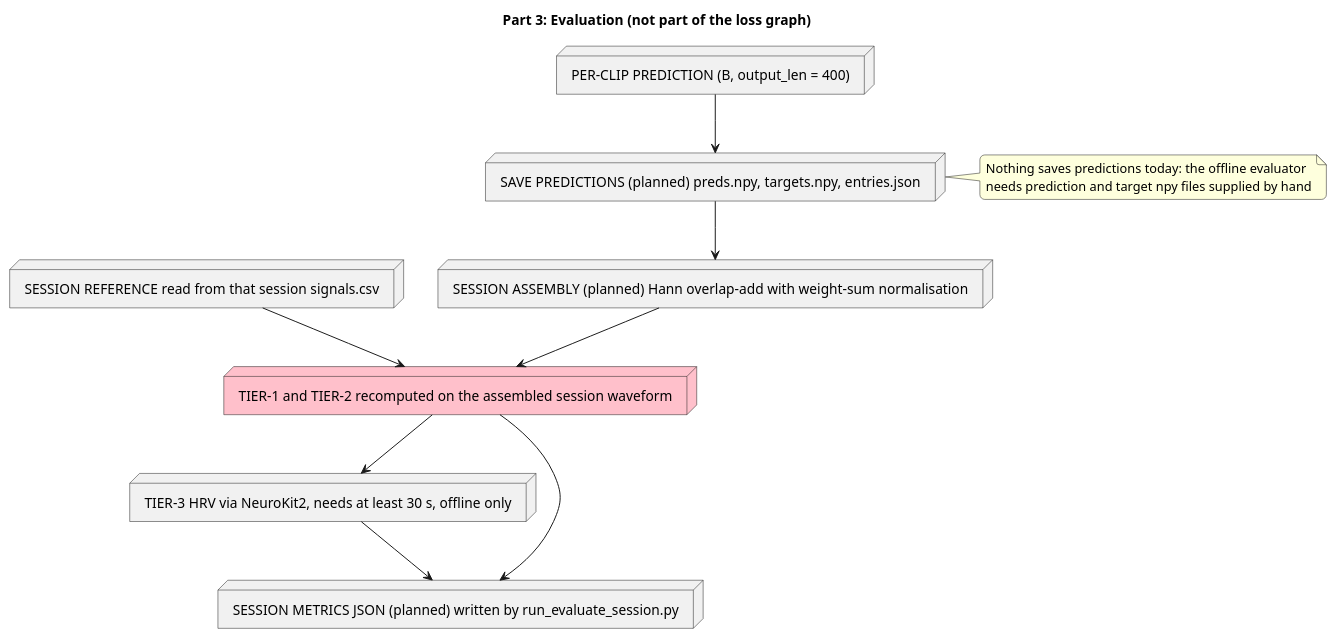
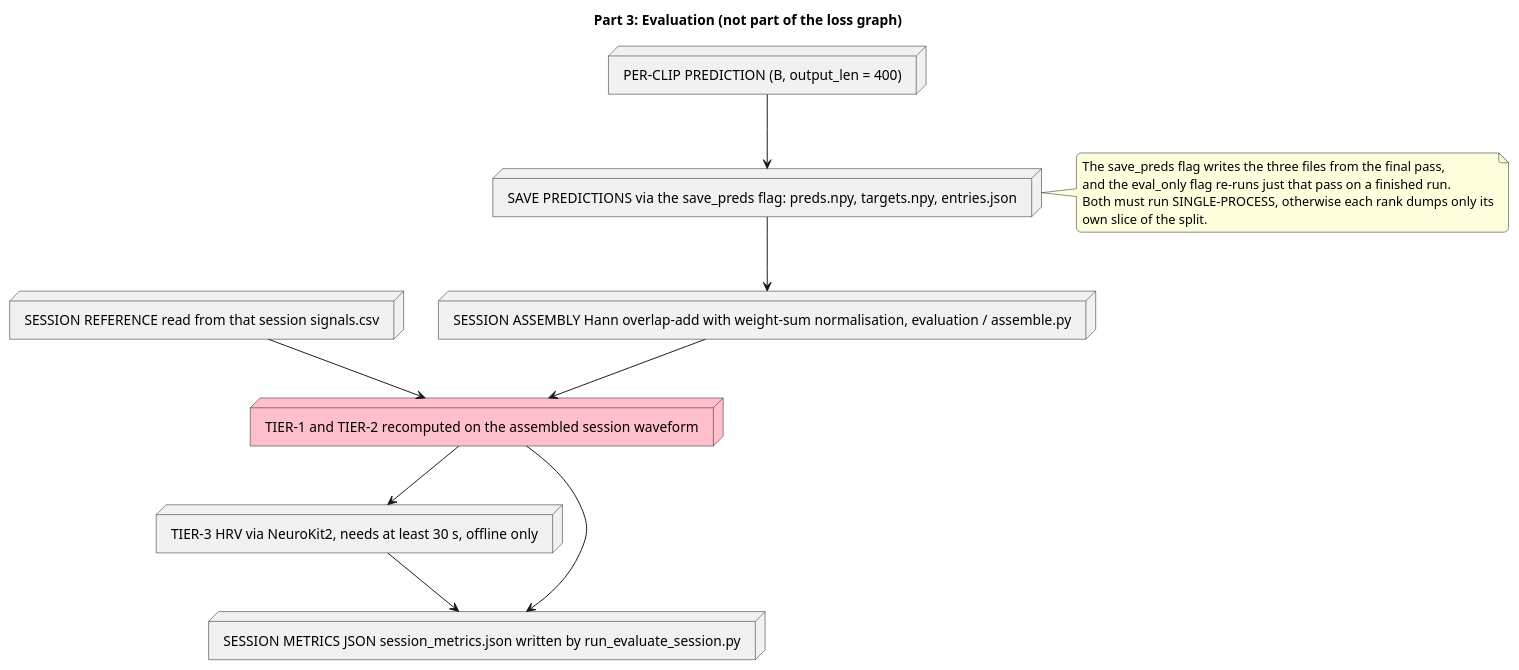
The third of 3 diagrams in code/notes/design/SolutionC_EarlyTokenMixing_stage3.md (LeqiaoP1/MA-project-KISMED), drawn with PlantUML before and after one commit. The commit also changed other lines of this file, not shown here.

Commit message:
Refine Stage-3 waveform head and loss descriptions for clarity and detail

````diff
--- a/code/notes/design/SolutionC_EarlyTokenMixing_stage3.md
+++ b/code/notes/design/SolutionC_EarlyTokenMixing_stage3.md
@@ -110,31 +132,33 @@
 ```plantuml
 @startuml
 skinparam RoundCorner 10
 skinparam ComponentStyle rectangle
 
 title Part 3: Evaluation (not part of the loss graph)
 
 node "PER-CLIP PREDICTION (B, output_len = 400)" as PRED
 
-node "SAVE PREDICTIONS (planned) preds.npy, targets.npy, entries.json" as SAVE
-node "SESSION ASSEMBLY (planned) Hann overlap-add with weight-sum normalisation" as ASSEMBLE
+node "SAVE PREDICTIONS via the save_preds flag: preds.npy, targets.npy, entries.json" as SAVE
+node "SESSION ASSEMBLY Hann overlap-add with weight-sum normalisation, evaluation / assemble.py" as ASSEMBLE
 node "SESSION REFERENCE read from that session signals.csv" as REF
-node "TIER-1 and TIER-2 recomputed on the assembled session waveform" as SESS #PINK
+node "TIER-1 and TIER-2 recomputed on the assembled session waveform" as SESS #Pink
 node "TIER-3 HRV via NeuroKit2, needs at least 30 s, offline only" as T3
-node "SESSION METRICS JSON (planned) written by run_evaluate_session.py" as JSON
+node "SESSION METRICS JSON session_metrics.json written by run_evaluate_session.py" as JSON
 
 PRED --> SAVE
 SAVE --> ASSEMBLE
 REF --> SESS
 ASSEMBLE --> SESS
 SESS --> T3
 SESS --> JSON
 T3 --> JSON
 
 note right of SAVE
-  Nothing saves predictions today: the offline evaluator
-  needs prediction and target npy files supplied by hand
+  The save_preds flag writes the three files from the final pass,
+  and the eval_only flag re-runs just that pass on a finished run.
+  Both must run SINGLE-PROCESS, otherwise each rank dumps only its
+  own slice of the split.
 end note
 
 @enduml
 ```
````
